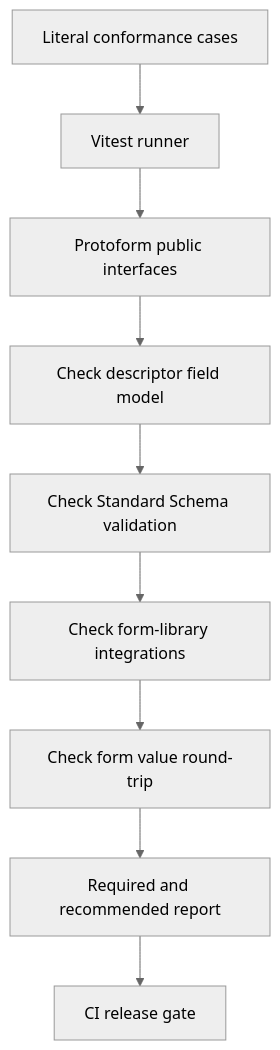
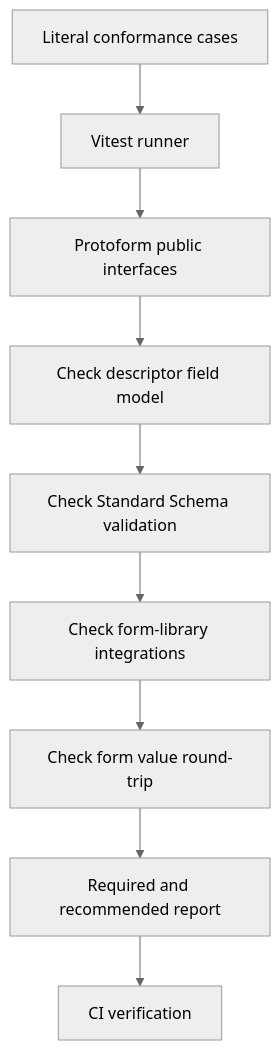
Before and after one commit to malinskibeniamin/protoform: the diagram in content/docs/(production)/conformance.mdx, drawn with Mermaid (neutral theme). The commit also changed 55 other files, not shown here.

````diff
--- a/content/docs/(production)/conformance.mdx
+++ b/content/docs/(production)/conformance.mdx
@@ -25,11 +25,11 @@
 ```mermaid
 flowchart TD
   Cases["Literal conformance cases"] --> Runner["Vitest runner"]
   Runner --> Public["Protoform public interfaces"]
   Public --> Parse["Check descriptor field model"]
   Parse --> Validate["Check Standard Schema validation"]
   Validate --> Adapters["Check form-library integrations"]
   Adapters --> Convert["Check form value round-trip"]
   Convert --> Report["Required and recommended report"]
-  Report --> CI["CI release gate"]
+  Report --> CI["CI verification"]
 ```
````
